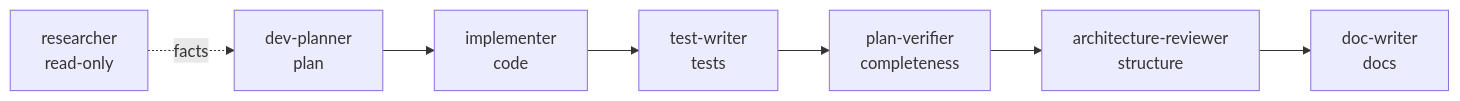
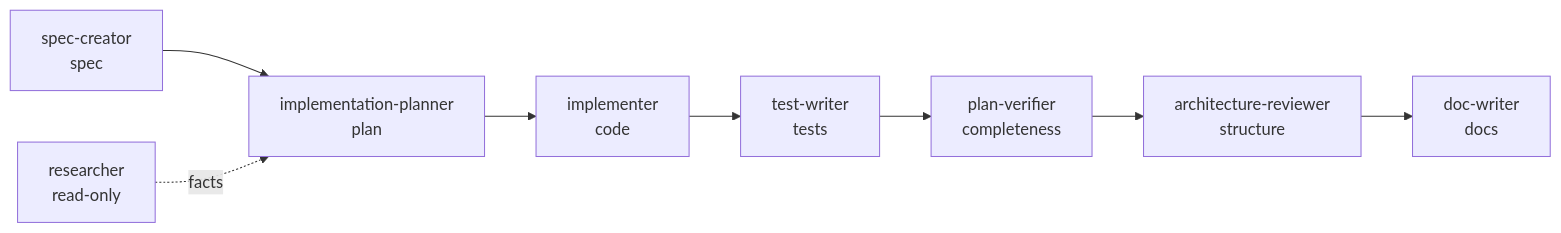
Before and after one commit to RomanMinenok/dev-digest: the diagram in .claude/agents/README.md, drawn with Mermaid. The commit also changed other lines of this file and 9 other files, not shown here.

````diff
--- a/.claude/agents/README.md
+++ b/.claude/agents/README.md
@@ -27,9 +28,10 @@
 ```mermaid
 flowchart LR
+  S[spec-creator<br/>spec] --> P
   R[researcher<br/>read-only] -.facts.-> P
-  P[dev-planner<br/>plan] --> I[implementer<br/>code]
+  P[implementation-planner<br/>plan] --> I[implementer<br/>code]
   I --> T[test-writer<br/>tests]
   T --> V[plan-verifier<br/>completeness]
   V --> A[architecture-reviewer<br/>structure]
   A --> D[doc-writer<br/>docs]
 ```
````
